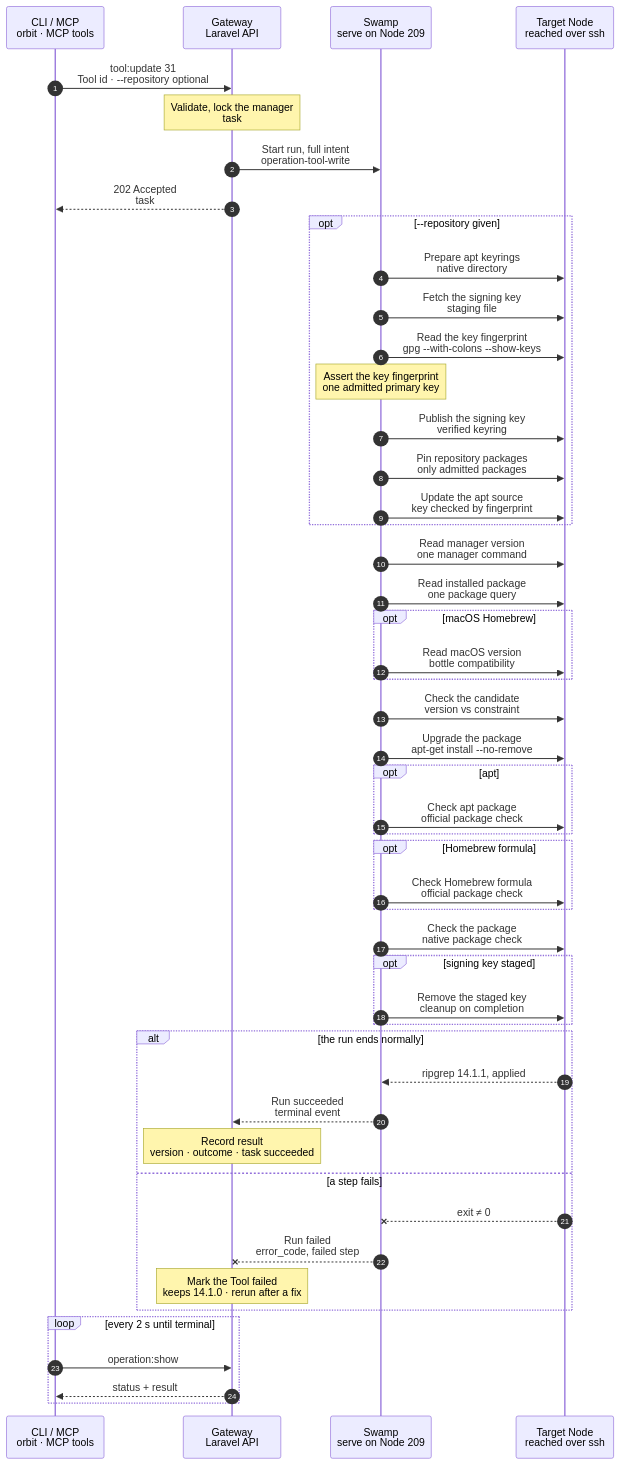
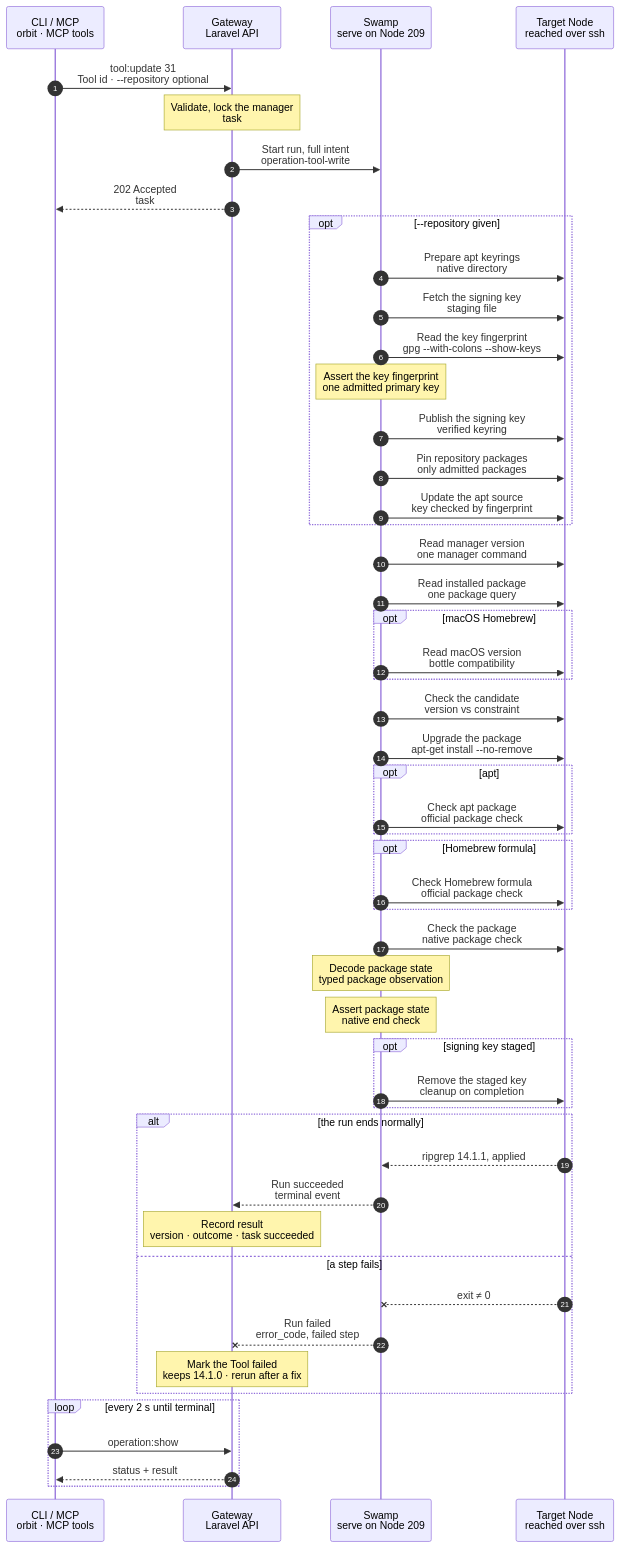
Before and after one commit to hardimpactdev/orbit: the diagram in docs/flows/tool.update.mmd, drawn with Mermaid. The commit also changed 24 other files, not shown here.

Commit message:
refactor(tools): project native package observations without a result step

```diff
--- a/docs/flows/tool.update.mmd
+++ b/docs/flows/tool.update.mmd
@@ -1,122 +1,124 @@
 sequenceDiagram
   %% Target design: ADR 0244 task, DECISIONS R1-R4 (process.stop shape, R2 state from the result), ADR 0242 signed apt sources. Same shape as tool.install.
   %% status: reviewed
   %% command: tool:update
   autonumber
   %% lane CLI icon=terminal pill=caller tone=gray
   %% lane GW icon=gateway pill=intent tone=blue
   %% lane SW icon=workflow pill=executes tone=green
   %% lane N icon=server pill=target tone=amber
   participant CLI as CLI / MCP<br/>orbit · MCP tools
   participant GW as Gateway<br/>Laravel API
   participant SW as Swamp<br/>serve on Node 209
   participant N as Target Node<br/>reached over ssh
   CLI->>GW: tool:update 31<br/>Tool id · --repository optional
   %%> Command:
   %%> - `orbit tool:update 31`
   %%> - syntax: `<tool> [--repository=JSON]`
   %%> Input:
   %%> - the Tool's id, as `tool:list --node=ID` shows it
   %%> - optionally a changed signed apt repository, which replaces the stored one
   %%> Who can call it:
   %%> - the `orbit` CLI and the MCP tool send the same request
   Note over GW: Validate, lock the manager<br/>task #5134 · ripgrep on Node 12
   %%> Requirements:
   %%> - your Node has an access grant to Node 12
   %%> - Tool 31 exists and is installed
   %%> - no other change runs for this Tool Manager on Node 12; the Gateway holds one lock per Node and Tool Manager
   %%> Result:
   %%> - task #5134 recorded with the full intent, including the Tool's stored constraint
   %%> - the Tool record stays as it is until the run ends
   %%> - nothing has happened on the Node yet
   GW->>SW: Start run, full intent<br/>operation-tool-write
   %%> What it does:
   %%> - starts one Swamp run on serve (Node 209)
   %%> Inputs:
   %%> - the package, Tool Manager, installed version, constraint and repository definition
   %%> - Node 12's address and SSH host keys; the SSH identity comes from the `swamp` role
   GW-->>CLI: 202 Accepted<br/>task #5134
   %%> What you get:
   %%> - the task number, at once
   %%> Next:
   %%> - the CLI follows the task with `operation:show`
   opt --repository given
     SW->>N: Prepare apt keyrings<br/>native directory
     SW->>N: Fetch the signing key<br/>staging file
     SW->>N: Read the key fingerprint<br/>gpg --with-colons --show-keys
     Note over SW: Assert the key fingerprint<br/>one admitted primary key
     SW->>N: Publish the signing key<br/>verified keyring
     SW->>N: Pin repository packages<br/>only admitted packages
     SW->>N: Update the apt source<br/>key checked by fingerprint
     %%> When:
     %%> - only for `apt` with `--repository`
     %%> What it does:
     %%> - downloads the signing key and checks its fingerprint
     %%> - replaces the apt source with the new definition
   end
   SW->>N: Read manager version<br/>one manager command
   SW->>N: Read installed package<br/>one package query
   opt macOS Homebrew
     SW->>N: Read macOS version<br/>bottle compatibility
   end
   SW->>N: Check the candidate<br/>version vs constraint
   %%> What it does:
   %%> - asks the Tool Manager which version it would install now
   %%> - compares it with the installed version and the stored constraint
   %%> Outcomes:
   %%> - same version: nothing to do, outcome `unchanged`
   %%> - outside the constraint: stop here, outcome `blocked_by_constraint`
   %%> - newer and allowed: go on to the upgrade
   SW->>N: Upgrade the package<br/>apt-get install --no-remove
   %%> When:
   %%> - only when the candidate is newer and inside the constraint
   %%> What it does:
   %%> - upgrades the package with the Tool Manager
   %%> - for `apt`, never removes other packages to make room
   %%> Busy apt lock:
   %%> - when Ubuntu's automatic updates hold the apt lock, it waits within the run's time budget, then fails
   opt apt
     SW->>N: Check apt package<br/>official package check
   end
   opt Homebrew formula
     SW->>N: Check Homebrew formula<br/>official package check
   end
   SW->>N: Check the package<br/>native package check
+  Note over SW: Decode package state<br/>typed package observation
+  Note over SW: Assert package state<br/>native end check
   opt signing key staged
     SW->>N: Remove the staged key<br/>cleanup on completion
   end
   alt the run ends normally
     N-->>SW: ripgrep 14.1.1, applied
     %%> Returns:
     %%> - the installed version, read back from the Tool Manager
     %%> - the outcome: `applied`, `unchanged` or `blocked_by_constraint`
     SW-->>GW: Run succeeded<br/>terminal event
     %%> How the Gateway learns it:
     %%> - its shared run reader sees the terminal event; Swamp never calls the Gateway
     Note over GW: Record result<br/>version · outcome · task succeeded
     %%> Result:
     %%> - the Tool's version is updated when the outcome is `applied`
     %%> - `unchanged` and `blocked_by_constraint` leave the Tool as it is; both are a success
     %%> - a new repository definition is recorded, when one was given
     %%> - task #5134 succeeds
   else a step fails
     N--xSW: exit ≠ 0
     %%> When:
     %%> - the Tool Manager can't upgrade, the key doesn't match, or SSH fails
     SW--xGW: Run failed<br/>error_code, failed step
     %%> The Gateway reads:
     %%> - which step failed and its error code
     Note over GW: Mark the Tool failed<br/>keeps 14.1.0 · rerun after a fix
     %%> Result:
     %%> - the Tool is marked failed, with its last known version 14.1.0
     %%> - the stored repository definition stays the old one
     %%> - task #5134 fails
   end
   loop every 2 s until terminal
     CLI->>GW: operation:show #5134
     %%> What it does:
     %%> - asks for the task's status every 2 seconds until it has ended
     GW-->>CLI: status + result
     %%> Returns:
     %%> - the current status, and the result once the task has ended
   end
```
